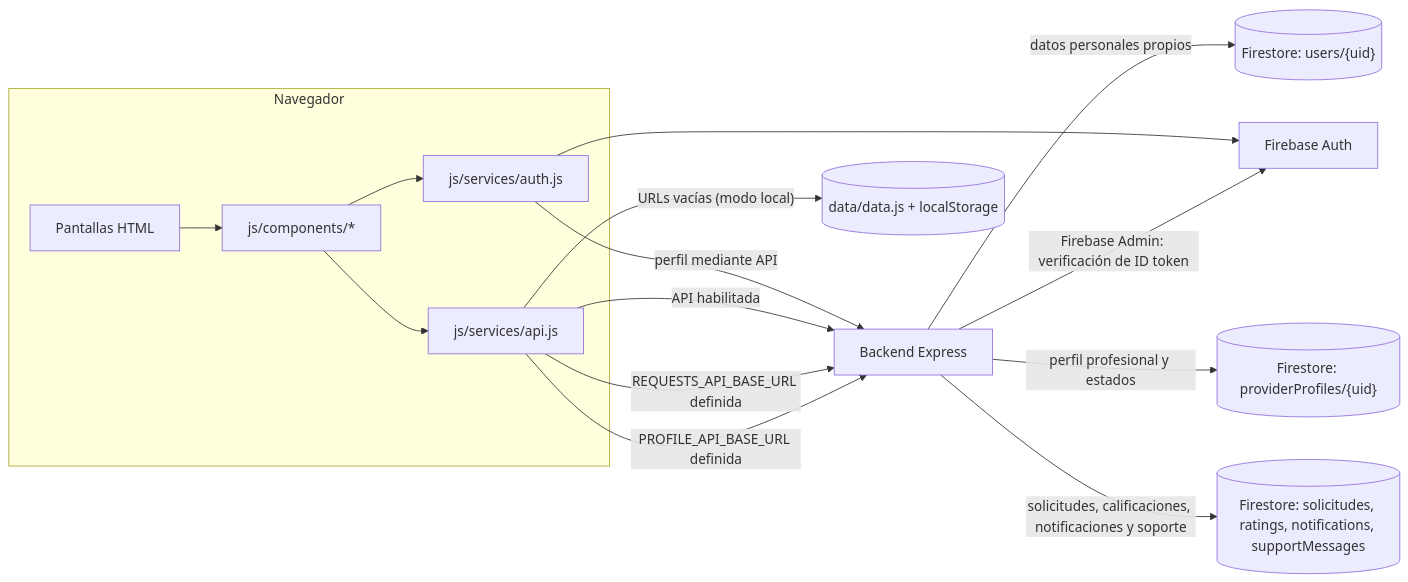
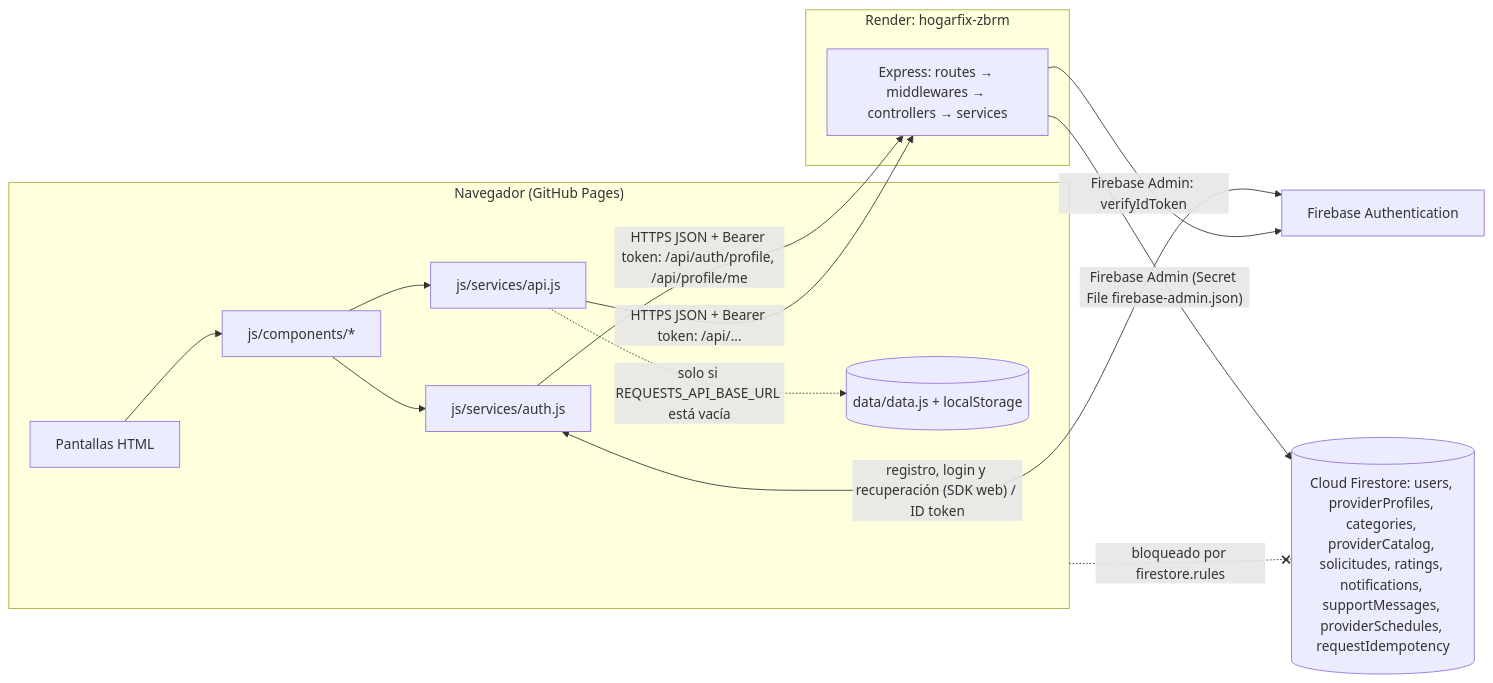
Before and after one commit to Tecnologias-2026-2/HogarFix: the fifth of 5 diagrams in README.md, drawn with Mermaid. The commit also changed other lines of this file and 1 other file, not shown here.

First line of the commit message:
Actualizar README y backend/README con el estado real de Dev

````diff
--- a/README.md
+++ b/README.md
@@ -335,18 +357,18 @@
 ```mermaid
 flowchart LR
-  subgraph Navegador
-    HTML[Pantallas HTML] --> C[js/components/*]
-    C --> API[js/services/api.js]
-    C --> AUTHUI[js/services/auth.js]
+  subgraph PAGES["Navegador (GitHub Pages)"]
+    HTML["Pantallas HTML"] --> C["js/components/*"]
+    C --> API["js/services/api.js"]
+    C --> AUTHUI["js/services/auth.js"]
+    API -. "solo si REQUESTS_API_BASE_URL está vacía" .-> DEMO[("data/data.js + localStorage")]
   end
-  API -- "PROFILE_API_BASE_URL definida" --> EXP[Backend Express]
-  API -- "REQUESTS_API_BASE_URL definida" --> EXP
-  API -- "API habilitada" --> EXP[Backend Express]
-  API -- "URLs vacías (modo local)" --> DEMO[(data/data.js + localStorage)]
-  EXP -- "Firebase Admin: verificación de ID token" --> AUTH[Firebase Auth]
-  EXP -- "datos personales propios" --> USERS[("Firestore: users/{uid}")]
-  EXP -- "perfil profesional y estados" --> PROVIDERPROFILES[("Firestore: providerProfiles/{uid}")]
-  EXP -- "solicitudes, calificaciones, notificaciones y soporte" --> BUSINESS[("Firestore: solicitudes, ratings, notifications, supportMessages")]
-  AUTHUI --> AUTH
-  AUTHUI -- "perfil mediante API" --> EXP
+  AUTHUI <-- "registro, login y recuperación (SDK web) / ID token" --> AUTH["Firebase Authentication"]
+  AUTHUI -- "HTTPS JSON + Bearer token: /api/auth/profile, /api/profile/me" --> EXP
+  API -- "HTTPS JSON + Bearer token: /api/..." --> EXP
+  subgraph RENDER["Render: hogarfix-zbrm"]
+    EXP["Express: routes → middlewares → controllers → services"]
+  end
+  EXP -- "Firebase Admin: verifyIdToken" --> AUTH
+  EXP -- "Firebase Admin (Secret File firebase-admin.json)" --> FS[("Cloud Firestore: users, providerProfiles, categories, providerCatalog, solicitudes, ratings, notifications, supportMessages, providerSchedules, requestIdempotency")]
+  PAGES -. "bloqueado por firestore.rules" .-x FS
 ```
````
